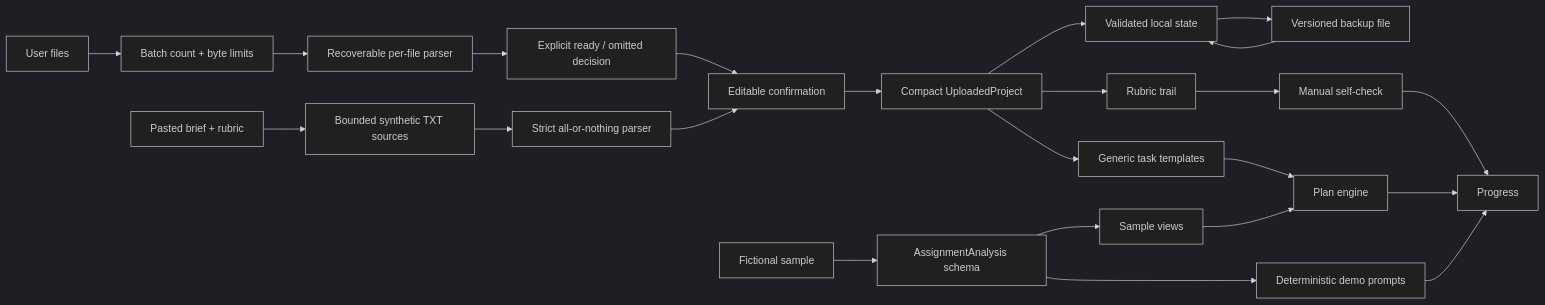
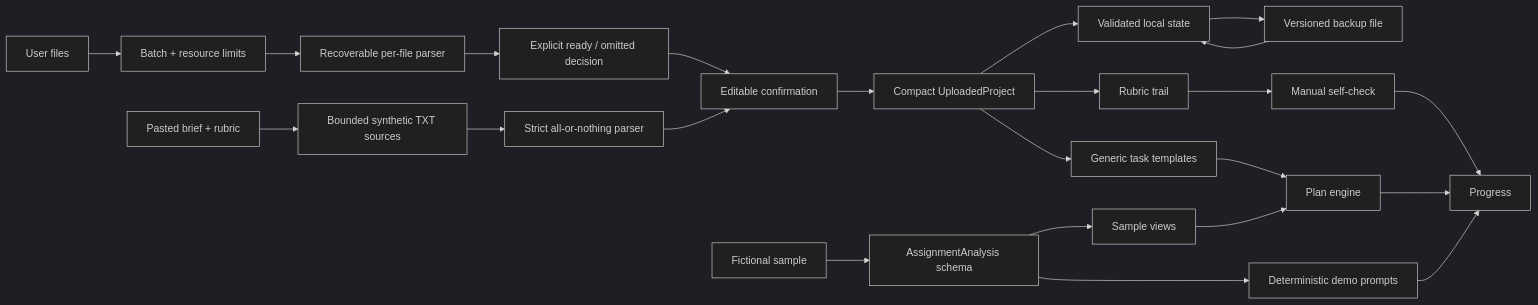
Before and after one commit to Sion612/rubrictrail: the diagram in docs/ARCHITECTURE.md, drawn with Mermaid (dark theme). The commit also changed other lines of this file and 14 other files, not shown here.

````diff
--- a/docs/ARCHITECTURE.md
+++ b/docs/ARCHITECTURE.md
@@ -6,26 +6,26 @@
 ```mermaid
 flowchart LR
-  U["User files"] --> BL["Batch count + byte limits"]
+  U["User files"] --> BL["Batch + resource limits"]
   BL --> RP["Recoverable per-file parser"]
   RP --> DR["Explicit ready / omitted decision"]
   PT["Pasted brief + rubric"] --> PF["Bounded synthetic TXT sources"]
   PF --> SP["Strict all-or-nothing parser"]
   SP --> C["Editable confirmation"]
   DR --> C
   C --> LP["Compact UploadedProject"]
   LP --> LS["Validated local state"]
   LS --> BF["Versioned backup file"]
   BF --> LS
   LP --> RT["Rubric trail"]
   LP --> TP["Generic task templates"]
   TP --> PE["Plan engine"]
   RT --> SC["Manual self-check"]
   PE --> PR["Progress"]
   SC --> PR
 
   S["Fictional sample"] --> AS["AssignmentAnalysis schema"]
   AS --> SV["Sample views"]
   AS --> MD["Deterministic demo prompts"]
   SV --> PE
   MD --> PR
 ```
````
